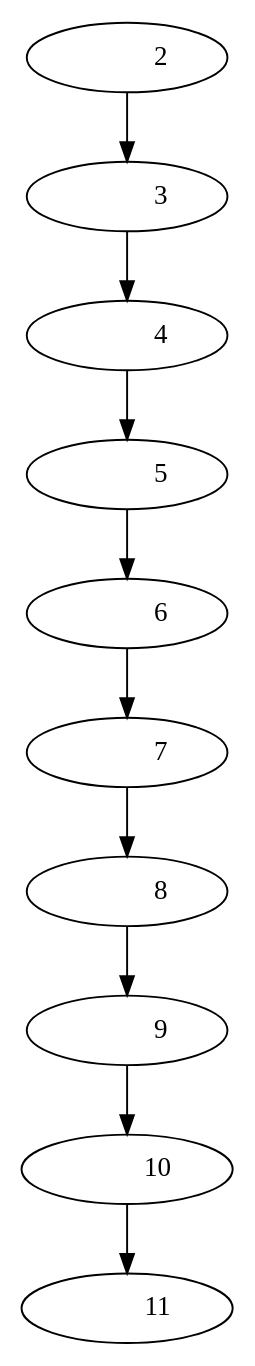
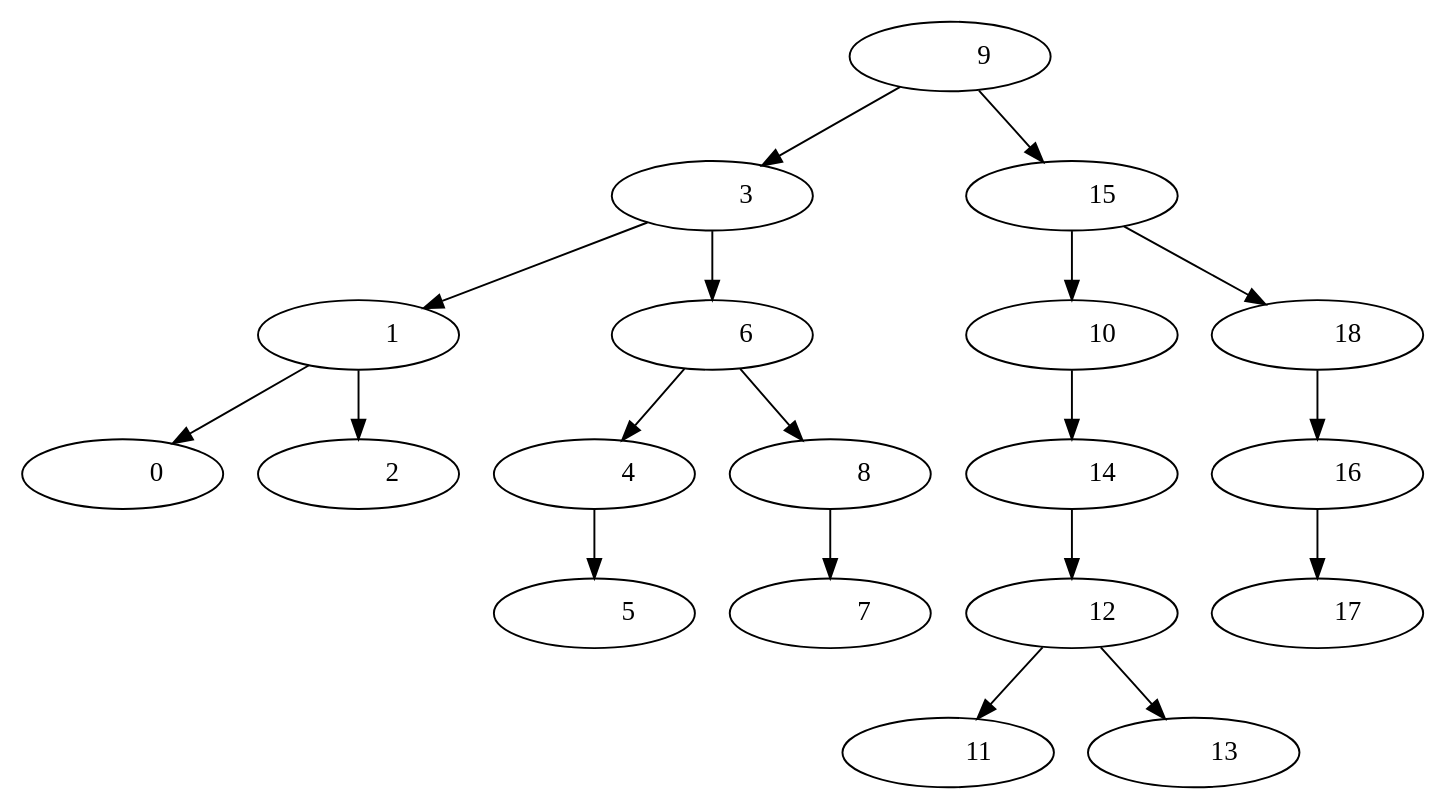
One commit to Samashoas/EDD_PROYECTO_202109705 changed the diagram in EDD_F2/inserted.dot. Above: the diagram before and after it, drawn with Graphviz. The commit also changed 10 other files, not shown here.

```diff
--- a/EDD_F2/inserted.dot
+++ b/EDD_F2/inserted.dot
@@ -1,21 +1,39 @@
  digraph G {
- "Nodo75879d1a-b043-445a-794a-ea77fd7fa3f0"[label = "           2 "]
- "Nodo75879d1a-b043-445a-794a-ea77fd7fa3f0"->"Nodof9b23002-6baa-480e-5232-eb09f24f9850"
- "Nodof9b23002-6baa-480e-5232-eb09f24f9850"[label = "           3 "]
- "Nodof9b23002-6baa-480e-5232-eb09f24f9850"->"Nodo61ea8c13-3758-4ec3-5073-6128fef7d043"
- "Nodo61ea8c13-3758-4ec3-5073-6128fef7d043"[label = "           4 "]
- "Nodo61ea8c13-3758-4ec3-5073-6128fef7d043"->"Nodoea06a1fd-54dc-4713-7f6b-c87cbde9c98c"
- "Nodoea06a1fd-54dc-4713-7f6b-c87cbde9c98c"[label = "           5 "]
- "Nodoea06a1fd-54dc-4713-7f6b-c87cbde9c98c"->"Nodoea48924a-d240-4a20-476b-a651cded9515"
- "Nodoea48924a-d240-4a20-476b-a651cded9515"[label = "           6 "]
- "Nodoea48924a-d240-4a20-476b-a651cded9515"->"Nodo17a68819-e10b-41a4-65b6-f2e5e6ff073c"
- "Nodo17a68819-e10b-41a4-65b6-f2e5e6ff073c"[label = "           7 "]
- "Nodo17a68819-e10b-41a4-65b6-f2e5e6ff073c"->"Nododa8b9ce6-b6b0-4d77-6945-e621bcdf8bec"
- "Nododa8b9ce6-b6b0-4d77-6945-e621bcdf8bec"[label = "           8 "]
- "Nododa8b9ce6-b6b0-4d77-6945-e621bcdf8bec"->"Nodo798f8924-4980-4adc-6d2d-6ed9e9ffda5e"
- "Nodo798f8924-4980-4adc-6d2d-6ed9e9ffda5e"[label = "           9 "]
- "Nodo798f8924-4980-4adc-6d2d-6ed9e9ffda5e"->"Nodofb6ba906-e282-4d89-681f-f428fdf9be3b"
- "Nodofb6ba906-e282-4d89-681f-f428fdf9be3b"[label = "          10 "]
- "Nodofb6ba906-e282-4d89-681f-f428fdf9be3b"->"Nodofaff6601-8427-4670-659c-e4927f3f0c1c"
- "Nodofaff6601-8427-4670-659c-e4927f3f0c1c"[label = "          11 "]
+ "Nodo7740e66e-ead9-4376-6723-fd607ff3abff"[label = "           9 "]
+ "Nodo7740e66e-ead9-4376-6723-fd607ff3abff"->"Nodofd0c4789-3f22-4e57-5306-2fd9f6cb723e"
+ "Nodo7740e66e-ead9-4376-6723-fd607ff3abff"->"Nodoe58ea009-3a1d-4f9f-7a1c-8eb2ff778625"
+ "Nodofd0c4789-3f22-4e57-5306-2fd9f6cb723e"[label = "           3 "]
+ "Nodofd0c4789-3f22-4e57-5306-2fd9f6cb723e"->"Nodof91fd289-3db0-437c-5dd5-a0d55ff76025"
+ "Nodofd0c4789-3f22-4e57-5306-2fd9f6cb723e"->"Nododb103fd2-baf0-4cd9-4953-a7067df78973"
+ "Nodof91fd289-3db0-437c-5dd5-a0d55ff76025"[label = "           1 "]
+ "Nodof91fd289-3db0-437c-5dd5-a0d55ff76025"->"Nodo357b7e37-af2c-491e-6a98-4938fedf7041"
+ "Nodof91fd289-3db0-437c-5dd5-a0d55ff76025"->"Nodod5e8a13b-b107-4a06-4721-6c623e7dcc5d"
+ "Nodo357b7e37-af2c-491e-6a98-4938fedf7041"[label = "           0 "]
+ "Nodod5e8a13b-b107-4a06-4721-6c623e7dcc5d"[label = "           2 "]
+ "Nododb103fd2-baf0-4cd9-4953-a7067df78973"[label = "           6 "]
+ "Nododb103fd2-baf0-4cd9-4953-a7067df78973"->"Nodoff034ff6-5ed6-4b6a-58c1-1c86d7fa428d"
+ "Nododb103fd2-baf0-4cd9-4953-a7067df78973"->"Nodo5f7d713d-17a4-4b5d-5370-20b7f7fe9197"
+ "Nodoff034ff6-5ed6-4b6a-58c1-1c86d7fa428d"[label = "           4 "]
+ "Nodoff034ff6-5ed6-4b6a-58c1-1c86d7fa428d"->"Nododb0666f2-318d-4800-66d0-79cdffce2c30"
+ "Nododb0666f2-318d-4800-66d0-79cdffce2c30"[label = "           5 "]
+ "Nodo5f7d713d-17a4-4b5d-5370-20b7f7fe9197"[label = "           8 "]
+ "Nodo5f7d713d-17a4-4b5d-5370-20b7f7fe9197"->"Nodoffb37091-c9ee-4380-7d7e-ec1e3bf3712e"
+ "Nodoffb37091-c9ee-4380-7d7e-ec1e3bf3712e"[label = "           7 "]
+ "Nodoe58ea009-3a1d-4f9f-7a1c-8eb2ff778625"[label = "          15 "]
+ "Nodoe58ea009-3a1d-4f9f-7a1c-8eb2ff778625"->"Nodo7454c462-2206-42c8-7471-97dcd3fdd6e6"
+ "Nodoe58ea009-3a1d-4f9f-7a1c-8eb2ff778625"->"Nodoc2093ba1-446c-4e24-4101-a58cfeb7f45a"
+ "Nodo7454c462-2206-42c8-7471-97dcd3fdd6e6"[label = "          10 "]
+ "Nodo7454c462-2206-42c8-7471-97dcd3fdd6e6"->"Nodoea392c13-0a7b-4c8e-42ba-d4c2ffffa431"
+ "Nodoea392c13-0a7b-4c8e-42ba-d4c2ffffa431"[label = "          14 "]
+ "Nodoea392c13-0a7b-4c8e-42ba-d4c2ffffa431"->"Nodofc829224-d392-4161-758c-1a84ef37461c"
+ "Nodofc829224-d392-4161-758c-1a84ef37461c"[label = "          12 "]
+ "Nodofc829224-d392-4161-758c-1a84ef37461c"->"Nodo7c5b73a4-cd24-4987-67a2-30a4ddf89b59"
+ "Nodofc829224-d392-4161-758c-1a84ef37461c"->"Nodof42e5a11-7a75-401f-4d1d-f7855f9cffd4"
+ "Nodo7c5b73a4-cd24-4987-67a2-30a4ddf89b59"[label = "          11 "]
+ "Nodof42e5a11-7a75-401f-4d1d-f7855f9cffd4"[label = "          13 "]
+ "Nodoc2093ba1-446c-4e24-4101-a58cfeb7f45a"[label = "          18 "]
+ "Nodoc2093ba1-446c-4e24-4101-a58cfeb7f45a"->"Nodoe18b9dd2-0a52-44d1-7c4a-6c5fedfa16a9"
+ "Nodoe18b9dd2-0a52-44d1-7c4a-6c5fedfa16a9"[label = "          16 "]
+ "Nodoe18b9dd2-0a52-44d1-7c4a-6c5fedfa16a9"->"Nodod9f37607-f88b-475c-6264-6498ddfded1b"
+ "Nodod9f37607-f88b-475c-6264-6498ddfded1b"[label = "          17 "]
  }
```
